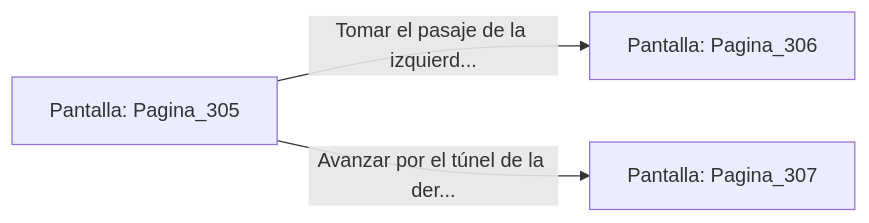
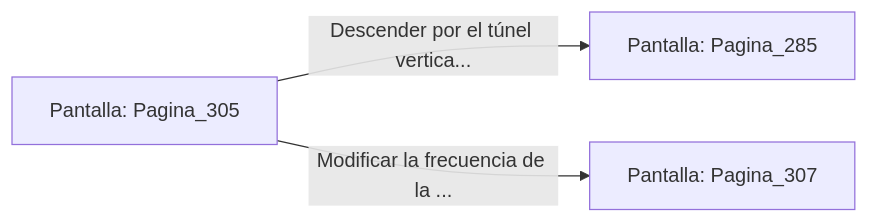
Before and after one commit to metsuke/mpl: the diagram in sample/eligejuego-vault/Pantalla_Pagina_305.md, drawn with Mermaid. The commit also changed other lines of this file and 635 other files, not shown here.

First line of the commit message:
fix: añadir Pagina_1 como pantalla inicial en capitulo_01.mpl

````diff
--- a/sample/eligejuego-vault/Pantalla_Pagina_305.md
+++ b/sample/eligejuego-vault/Pantalla_Pagina_305.md
@@ -20,6 +24,6 @@
 ```mermaid
 graph LR
     P_Pagina_305["Pantalla: Pagina_305"]
-    P_Pagina_305 -->|"Tomar el pasaje de la izquierd..."| P_Pagina_306["Pantalla: Pagina_306"]
-    P_Pagina_305 -->|"Avanzar por el túnel de la der..."| P_Pagina_307["Pantalla: Pagina_307"]
+    P_Pagina_305 -->|"Descender por el túnel vertica..."| P_Pagina_285["Pantalla: Pagina_285"]
+    P_Pagina_305 -->|"Modificar la frecuencia de la ..."| P_Pagina_307["Pantalla: Pagina_307"]
 ```
````
